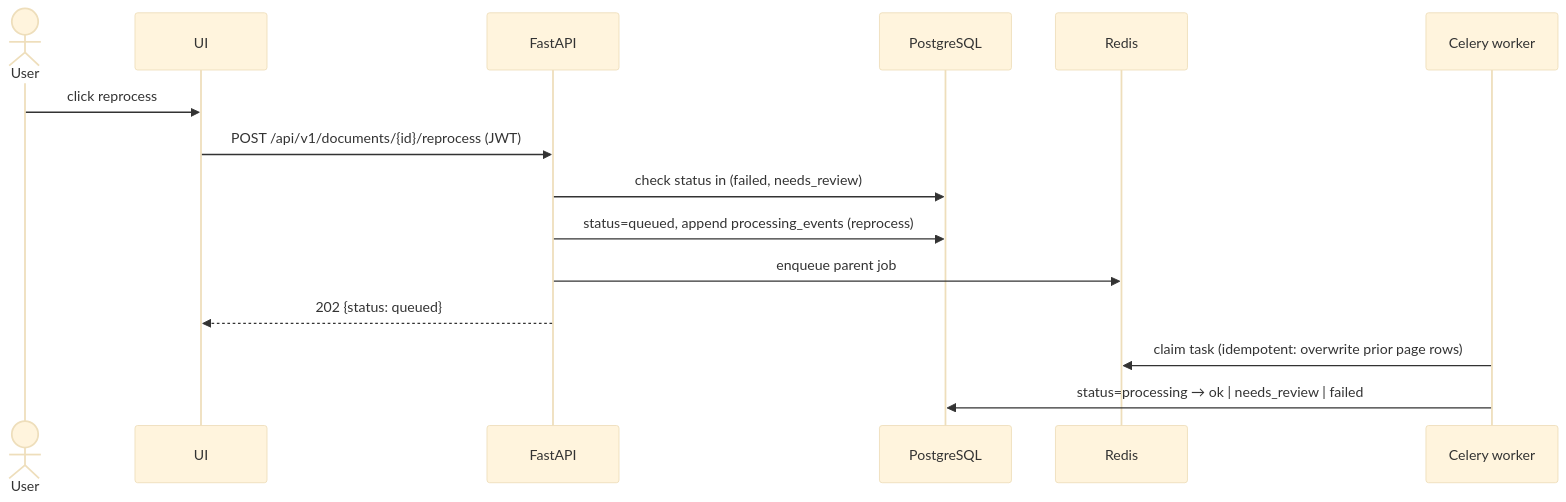
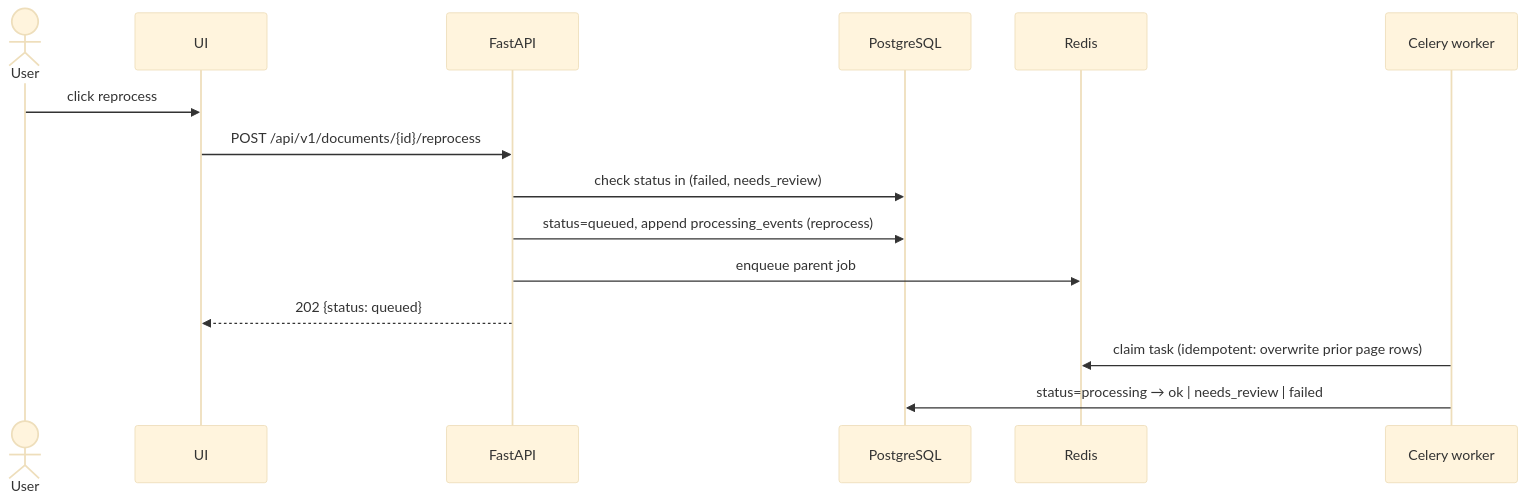
One commit to aieng-abdullah/care_sraie_assignment- changed diagram 13 of 18 in docs/architecture.md. Above: the diagram before and after it, drawn with Mermaid (base theme). The commit also changed other lines of this file and 10 other files, not shown here.

````diff
--- a/docs/architecture.md
+++ b/docs/architecture.md
@@ -356,18 +337,18 @@
 ```mermaid
 sequenceDiagram
     actor U as User
     participant FE as UI
     participant API as FastAPI
     participant DB as PostgreSQL
     participant R as Redis
     participant W as Celery worker
 
     U->>FE: click reprocess
-    FE->>API: POST /api/v1/documents/{id}/reprocess (JWT)
+    FE->>API: POST /api/v1/documents/{id}/reprocess
     API->>DB: check status in (failed, needs_review)
     API->>DB: status=queued, append processing_events (reprocess)
     API->>R: enqueue parent job
     API-->>FE: 202 {status: queued}
     W->>R: claim task (idempotent: overwrite prior page rows)
     W->>DB: status=processing → ok | needs_review | failed
 ```
````
